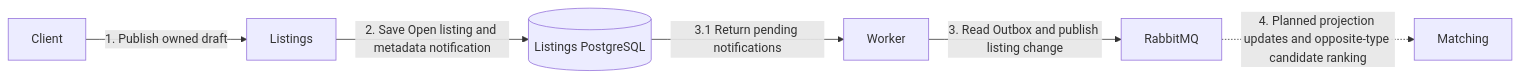
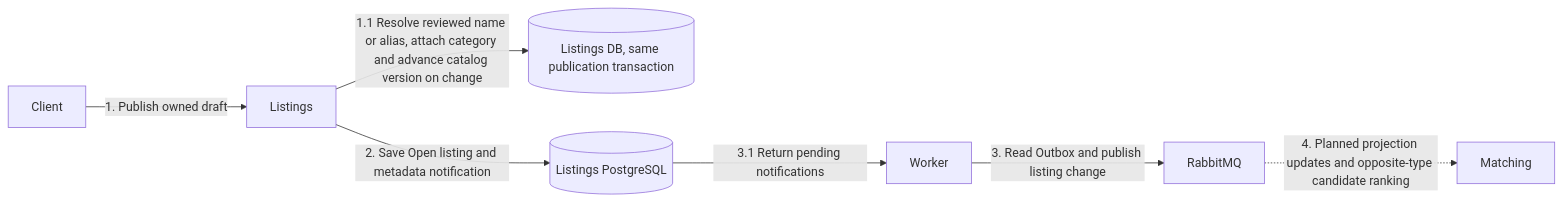
One commit to bogdan-spilevoi/ASET-master-year-1 changed diagram 16 of 16 in src/Services/Listings/COMMUNICATION.md. Above: the diagram before and after it, drawn with Mermaid. The commit also changed other lines of this file and 135 other files, not shown here.

````diff
--- a/src/Services/Listings/COMMUNICATION.md
+++ b/src/Services/Listings/COMMUNICATION.md
@@ -460,8 +496,9 @@
 ```mermaid
 flowchart LR
     Client -->|"1. Publish owned draft"| Listings
+    Listings -->|"1.1 Resolve reviewed name or alias, attach category and advance catalog version on change"| Catalog[("Listings DB, same publication transaction")]
     Listings -->|"2. Save Open listing and metadata notification"| DB[(Listings PostgreSQL)]
     Worker -->|"3. Read Outbox and publish listing change"| RabbitMQ
     DB -->|"3.1 Return pending notifications"| Worker
     RabbitMQ -.->|"4. Planned projection updates and opposite-type candidate ranking"| Matching
 ```
````
